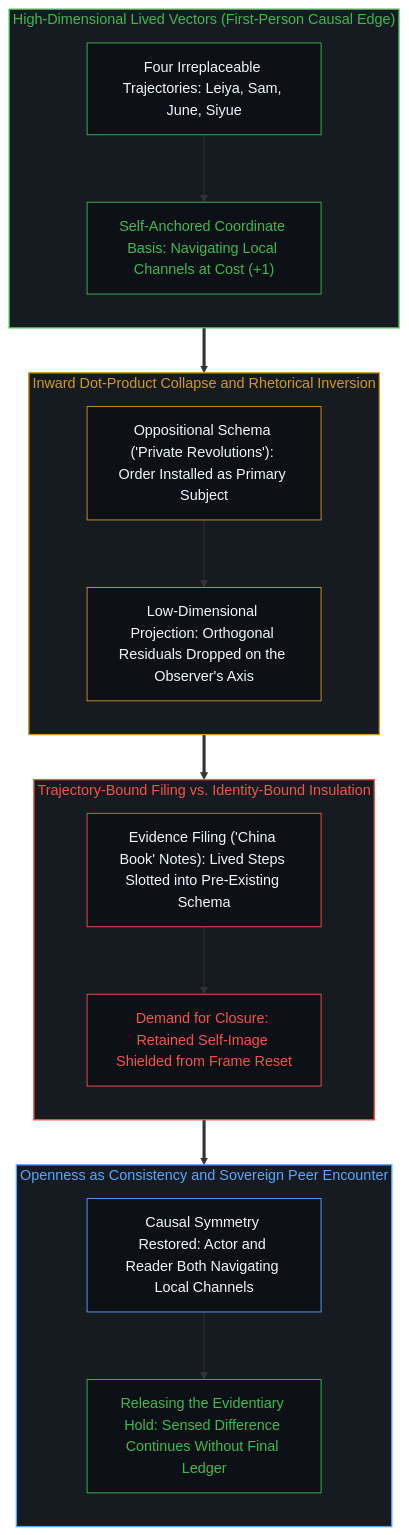
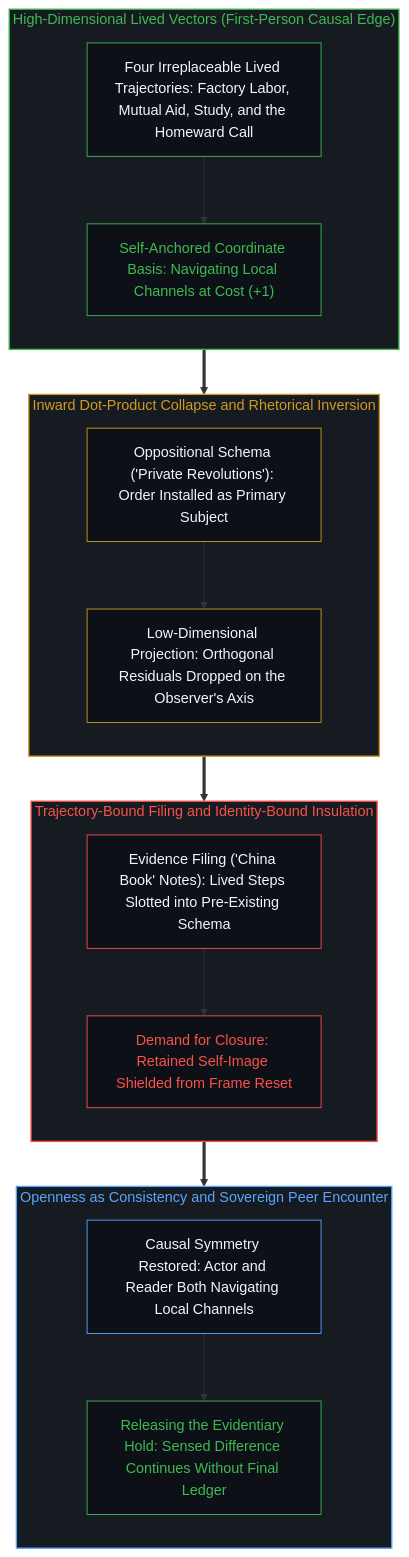
The second of 2 diagrams in content/posts/the-name-revolution-files-a-life-as-evidence.md (powerpig99/not-a-toe), drawn with Mermaid before and after one commit. The commit also changed other lines of this file and 8 other files, not shown here.

````diff
--- a/content/posts/the-name-revolution-files-a-life-as-evidence.md
+++ b/content/posts/the-name-revolution-files-a-life-as-evidence.md
@@ -59,39 +54,34 @@
 ```mermaid
 flowchart TD
     subgraph S_LivingAgents ["High-Dimensional Lived Vectors (First-Person Causal Edge)"]
         direction TB
-        AE1["Four Irreplaceable Trajectories: Leiya, Sam, June, Siyue"] --> AE2["Self-Anchored Coordinate Basis: Navigating Local Channels at Cost (+1)"]
+        AE1["Four Irreplaceable Lived Trajectories: Factory Labor, Mutual Aid, Study, and the Homeward Call"] --> AE2["Self-Anchored Coordinate Basis: Navigating Local Channels at Cost (+1)"]
     end
-
     subgraph S_RevolutionFraming ["Inward Dot-Product Collapse and Rhetorical Inversion"]
         direction TB
         BE1["Oppositional Schema ('Private Revolutions'): Order Installed as Primary Subject"] --> BE2["Low-Dimensional Projection: Orthogonal Residuals Dropped on the Observer's Axis"]
     end
-
-    subgraph S_ReaderArchive ["Trajectory-Bound Filing vs. Identity-Bound Insulation"]
+    subgraph S_ReaderArchive ["Trajectory-Bound Filing and Identity-Bound Insulation"]
         direction TB
         CE1["Evidence Filing ('China Book' Notes): Lived Steps Slotted into Pre-Existing Schema"] --> CE2["Demand for Closure: Retained Self-Image Shielded from Frame Reset"]
     end
-
     subgraph S_SovereignEncounter ["Openness as Consistency and Sovereign Peer Encounter"]
         direction TB
         DE1["Causal Symmetry Restored: Actor and Reader Both Navigating Local Channels"] --> DE2["Releasing the Evidentiary Hold: Sensed Difference Continues Without Final Ledger"]
     end
-
     AE2 ==> BE1
     BE2 ==> CE1
     CE2 ==> DE1
-
     style S_LivingAgents fill:#161b22,stroke:#3fb950,stroke-width:1.5px,color:#3fb950
     style S_RevolutionFraming fill:#161b22,stroke:#d29922,stroke-width:1.5px,color:#d29922
     style S_ReaderArchive fill:#161b22,stroke:#f85149,stroke-width:1.5px,color:#f85149
     style S_SovereignEncounter fill:#161b22,stroke:#58a6ff,stroke-width:1.5px,color:#58a6ff
     style AE1 fill:#0d1117,stroke:#3fb950,stroke-width:1px,color:#f0f6fc
     style AE2 fill:#0d1117,stroke:#3fb950,stroke-width:1px,color:#3fb950
     style BE1 fill:#0d1117,stroke:#d29922,stroke-width:1px,color:#f0f6fc
     style BE2 fill:#0d1117,stroke:#d29922,stroke-width:1px,color:#f0f6fc
     style CE1 fill:#0d1117,stroke:#f85149,stroke-width:1px,color:#f0f6fc
     style CE2 fill:#0d1117,stroke:#f85149,stroke-width:1px,color:#f85149
     style DE1 fill:#0d1117,stroke:#58a6ff,stroke-width:1px,color:#f0f6fc
     style DE2 fill:#0d1117,stroke:#3fb950,stroke-width:1px,color:#3fb950
 ```
````
